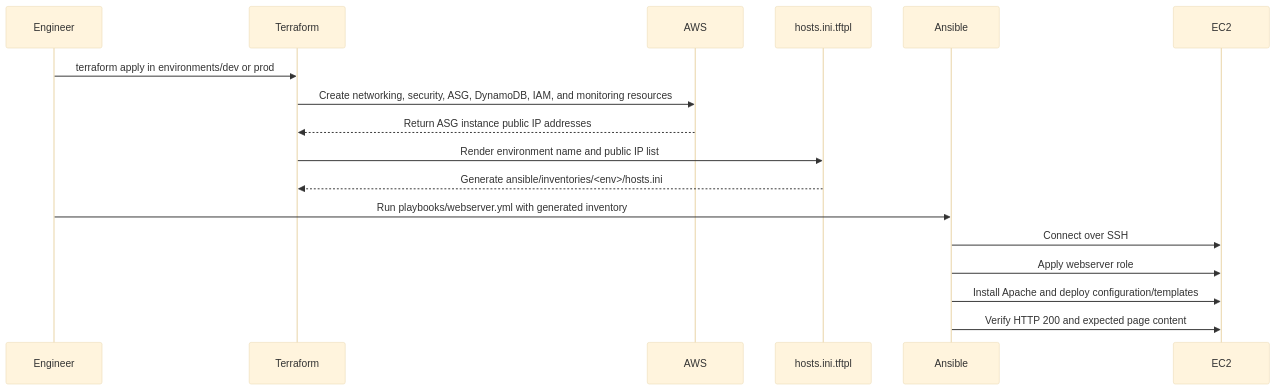
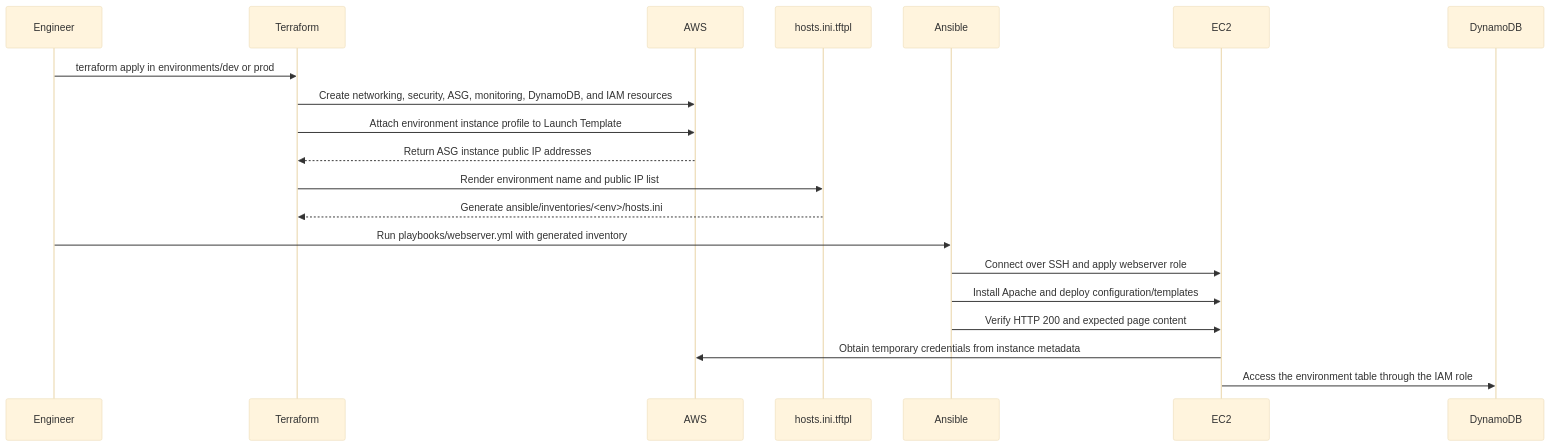
Before and after one commit to TexMachinna/TerraformPortfolio-AWS: the second of 5 diagrams in README.md, drawn with Mermaid (base theme). The commit also changed other lines of this file, not shown here.

````diff
--- a/README.md
+++ b/README.md
@@ -92,20 +109,23 @@
 ```mermaid
 sequenceDiagram
     participant Engineer
     participant Terraform
     participant AWS
     participant Inventory as hosts.ini.tftpl
     participant Ansible
     participant EC2
+    participant DynamoDB
 
     Engineer->>Terraform: terraform apply in environments/dev or prod
-    Terraform->>AWS: Create networking, security, ASG, DynamoDB, IAM, and monitoring resources
+    Terraform->>AWS: Create networking, security, ASG, monitoring, DynamoDB, and IAM resources
+    Terraform->>AWS: Attach environment instance profile to Launch Template
     AWS-->>Terraform: Return ASG instance public IP addresses
     Terraform->>Inventory: Render environment name and public IP list
     Inventory-->>Terraform: Generate ansible/inventories/<env>/hosts.ini
     Engineer->>Ansible: Run playbooks/webserver.yml with generated inventory
-    Ansible->>EC2: Connect over SSH
-    Ansible->>EC2: Apply webserver role
+    Ansible->>EC2: Connect over SSH and apply webserver role
     Ansible->>EC2: Install Apache and deploy configuration/templates
     Ansible->>EC2: Verify HTTP 200 and expected page content
+    EC2->>AWS: Obtain temporary credentials from instance metadata
+    EC2->>DynamoDB: Access the environment table through the IAM role
 ```
````
